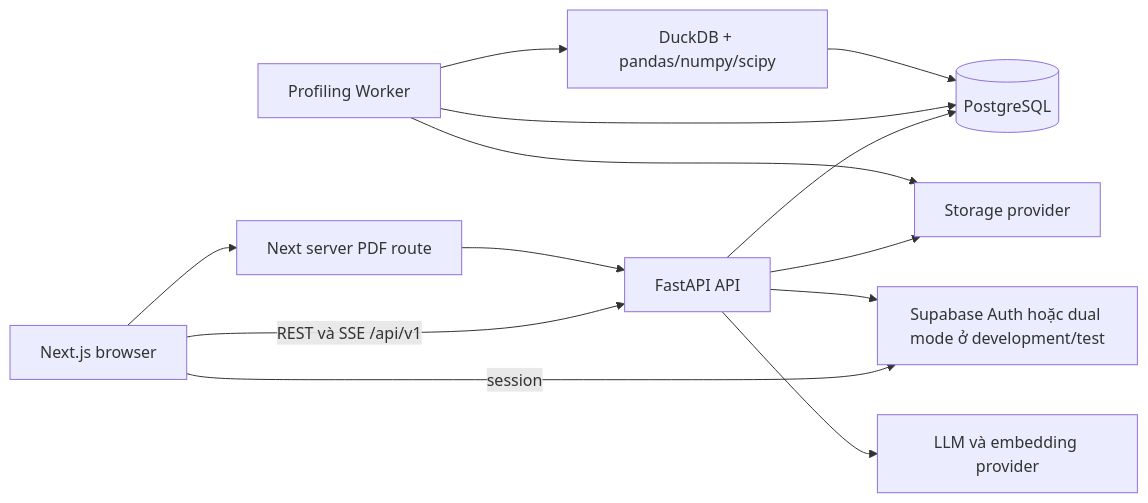
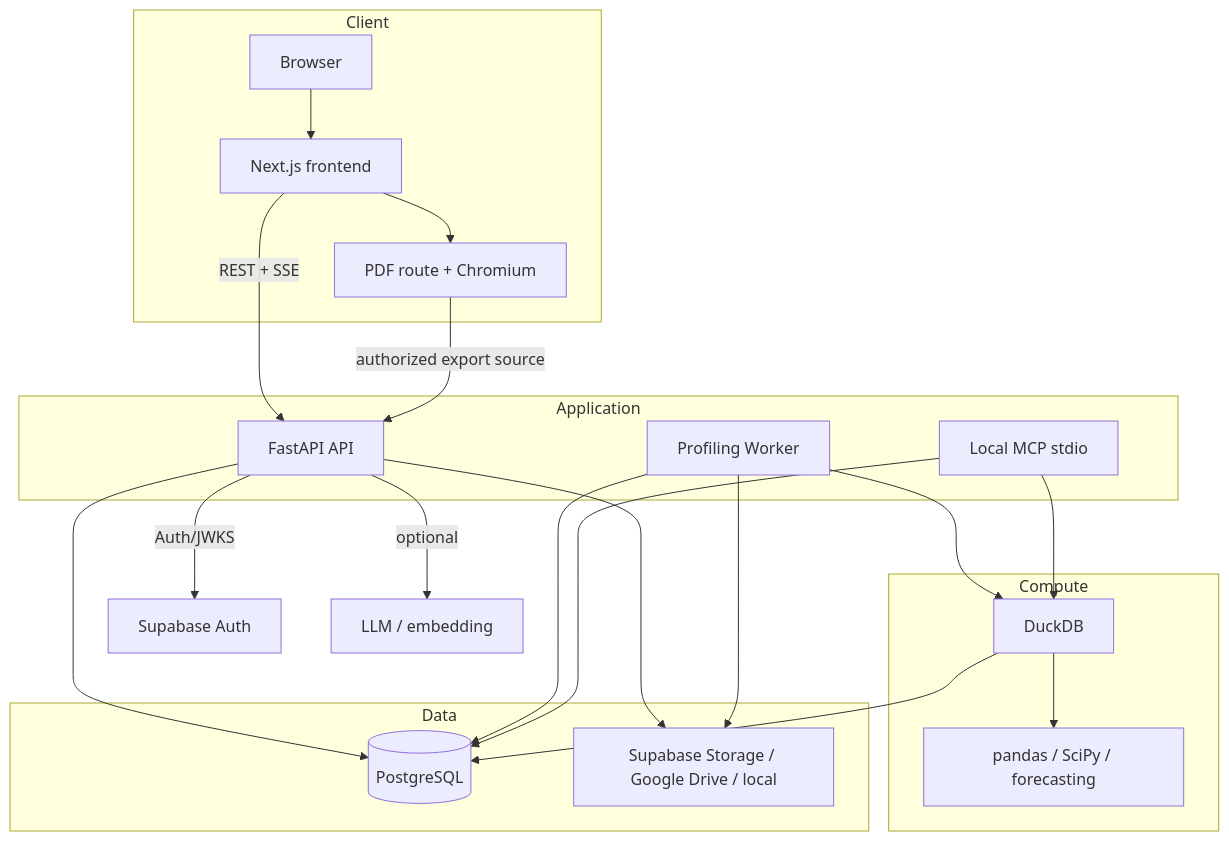
The diagram in docs/architecture/system-overview.md (mhiu05/VDaAgent), drawn with Mermaid before and after one commit. The commit also changed other lines of this file and 23 other files, not shown here.

Commit message:
docs: refresh architecture and feature contracts

````diff
--- a/docs/architecture/system-overview.md
+++ b/docs/architecture/system-overview.md
@@ -14,15 +15,40 @@
 ```mermaid
-flowchart LR
-  B[Next.js browser] -->|REST và SSE /api/v1| A[FastAPI API]
-  B -->|session| AUTH[Supabase Auth hoặc dual mode ở development/test]
-  A --> AUTH
-  A --> DB[(PostgreSQL)]
-  W[Profiling Worker] --> DB
-  A --> S[Storage provider]
+flowchart TB
+  subgraph Client
+    B[Browser]
+    F[Next.js frontend]
+    P[PDF route + Chromium]
+    B --> F
+    F --> P
+  end
+
+  subgraph Application
+    A[FastAPI API]
+    W[Profiling Worker]
+    M[Local MCP stdio]
+  end
+
+  subgraph Data
+    DB[(PostgreSQL)]
+    S[Supabase Storage / Google Drive / local]
+  end
+
+  subgraph Compute
+    D[DuckDB]
+    PY[pandas / SciPy / forecasting]
+  end
+
+  F -->|REST + SSE| A
+  P -->|authorized export source| A
+  A --> DB
+  W --> DB
+  A --> S
   W --> S
-  W --> C[DuckDB + pandas/numpy/scipy]
-  C --> DB
-  A --> L[LLM và embedding provider]
-  B --> P[Next server PDF route]
-  P --> A
+  W --> D
+  D --> PY
+  D --> DB
+  A -->|Auth/JWKS| SA[Supabase Auth]
+  A -->|optional| AI[LLM / embedding]
+  M --> DB
+  M --> D
 ```
````
